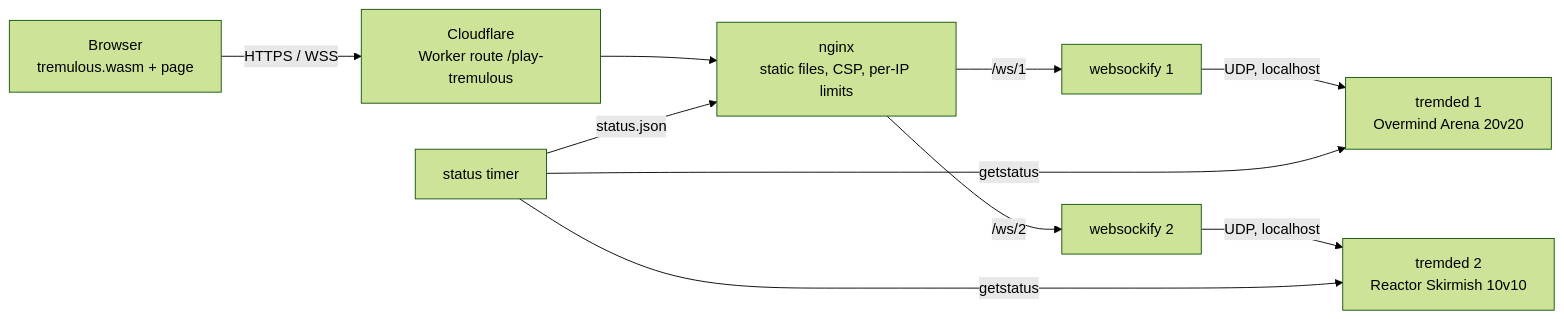
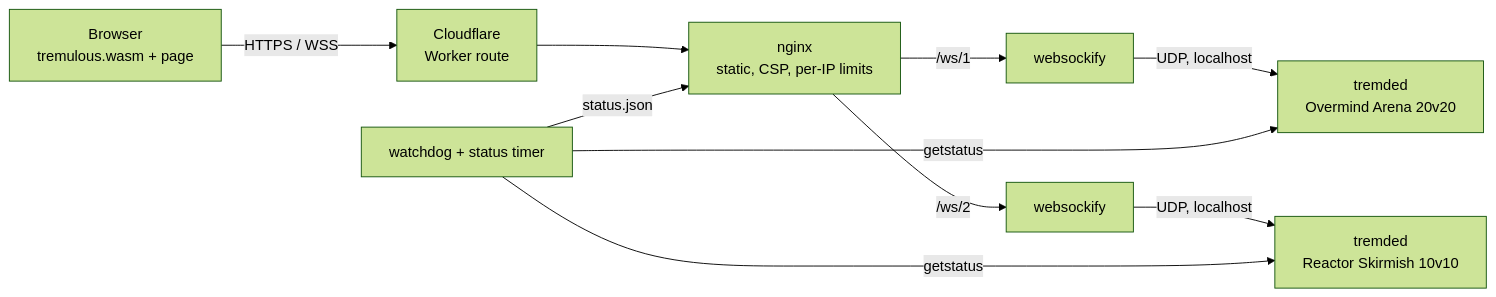
The diagram in README.md (fiveworld-development/tremulous-overmind), drawn with Mermaid (forest theme) before and after one commit. The commit also changed other lines of this file and 5 other files, not shown here.

````diff
--- a/README.md
+++ b/README.md
@@ -144,9 +129,9 @@
 ```mermaid
 flowchart LR
-    B[Browser<br>tremulous.wasm + page] -- HTTPS / WSS --> CF[Cloudflare<br>Worker route /play-tremulous]
-    CF --> N[nginx<br>static files, CSP, per-IP limits]
-    N -- /ws/1 --> G1[websockify 1] -- UDP, localhost --> S1[tremded 1<br>Overmind Arena 20v20]
-    N -- /ws/2 --> G2[websockify 2] -- UDP, localhost --> S2[tremded 2<br>Reactor Skirmish 10v10]
-    T[status timer] -- getstatus --> S1 & S2
-    T -- status.json --> N
+    B[Browser<br>tremulous.wasm + page] -- HTTPS / WSS --> CF[Cloudflare<br>Worker route]
+    CF --> N[nginx<br>static, CSP, per-IP limits]
+    N -- /ws/1 --> G1[websockify] -- UDP, localhost --> S1[tremded<br>Overmind Arena 20v20]
+    N -- /ws/2 --> G2[websockify] -- UDP, localhost --> S2[tremded<br>Reactor Skirmish 10v10]
+    W[watchdog + status timer] -- getstatus --> S1 & S2
+    W -- status.json --> N
 ```
````
